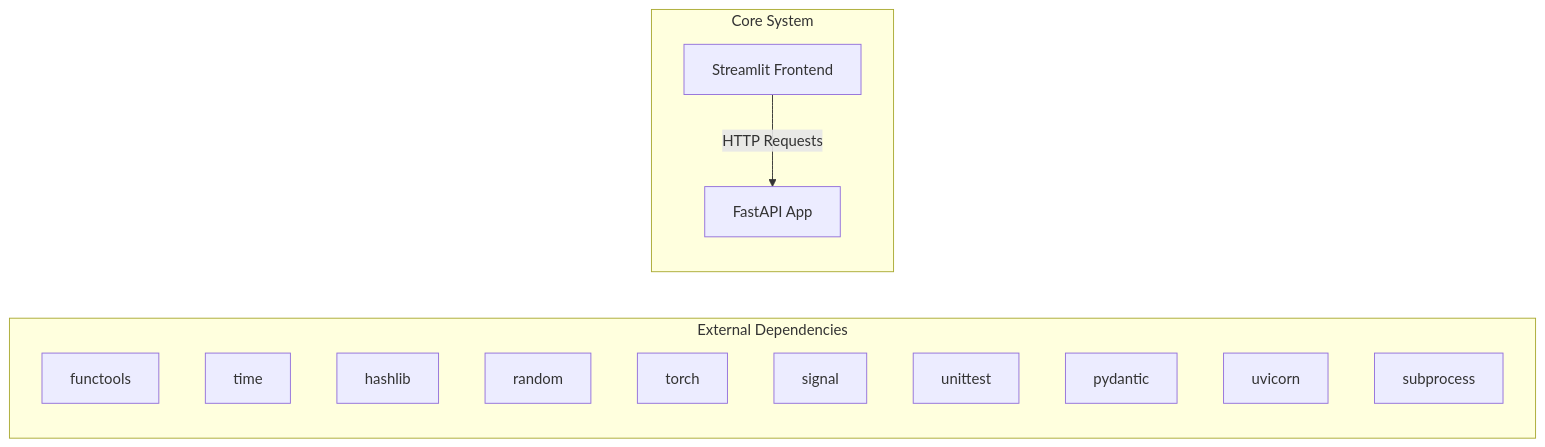
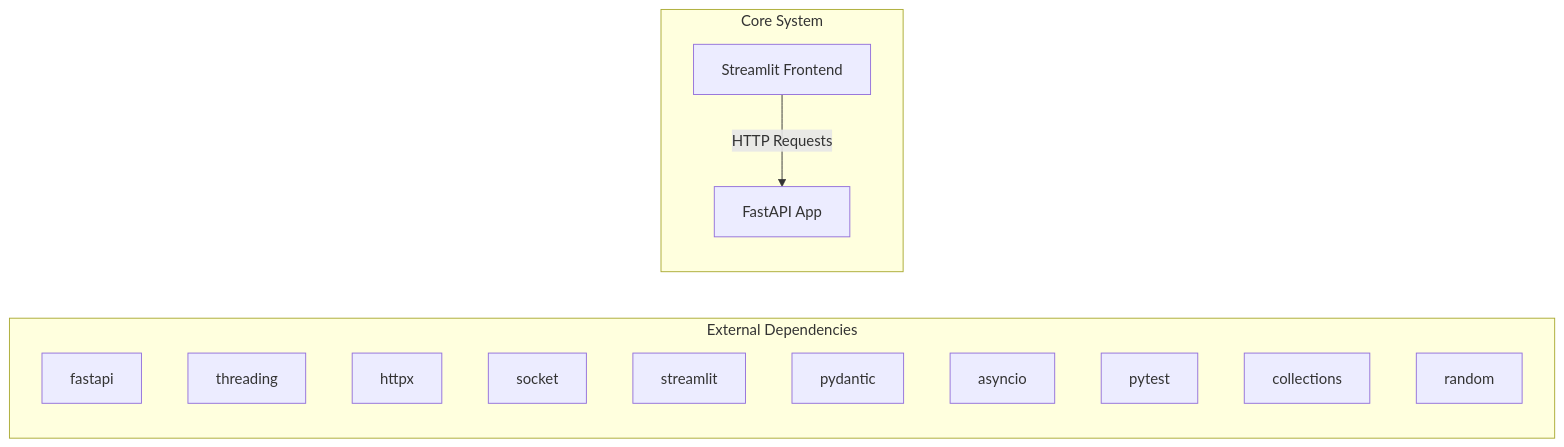
Before and after one commit to NITISH-R-G/rag-context-optimizer: the first of 2 diagrams in docs/architecture.md, drawn with Mermaid. The commit also changed 1 other file, not shown here.

Commit message:
docs: auto-update repository knowledge, architecture diagrams, and documentation

````diff
--- a/docs/architecture.md
+++ b/docs/architecture.md
@@ -7,20 +7,20 @@
 ```mermaid
 graph LR
     subgraph External Dependencies
-        E0["functools"]
-        E1["time"]
-        E2["hashlib"]
-        E3["random"]
-        E4["torch"]
-        E5["signal"]
-        E6["unittest"]
-        E7["pydantic"]
-        E8["uvicorn"]
-        E9["subprocess"]
+        E0["fastapi"]
+        E1["threading"]
+        E2["httpx"]
+        E3["socket"]
+        E4["streamlit"]
+        E5["pydantic"]
+        E6["asyncio"]
+        E7["pytest"]
+        E8["collections"]
+        E9["random"]
     end
     subgraph Core System
         API["FastAPI App"]
         UI["Streamlit Frontend"]
     end
     UI -->|HTTP Requests| API
 ```
````
